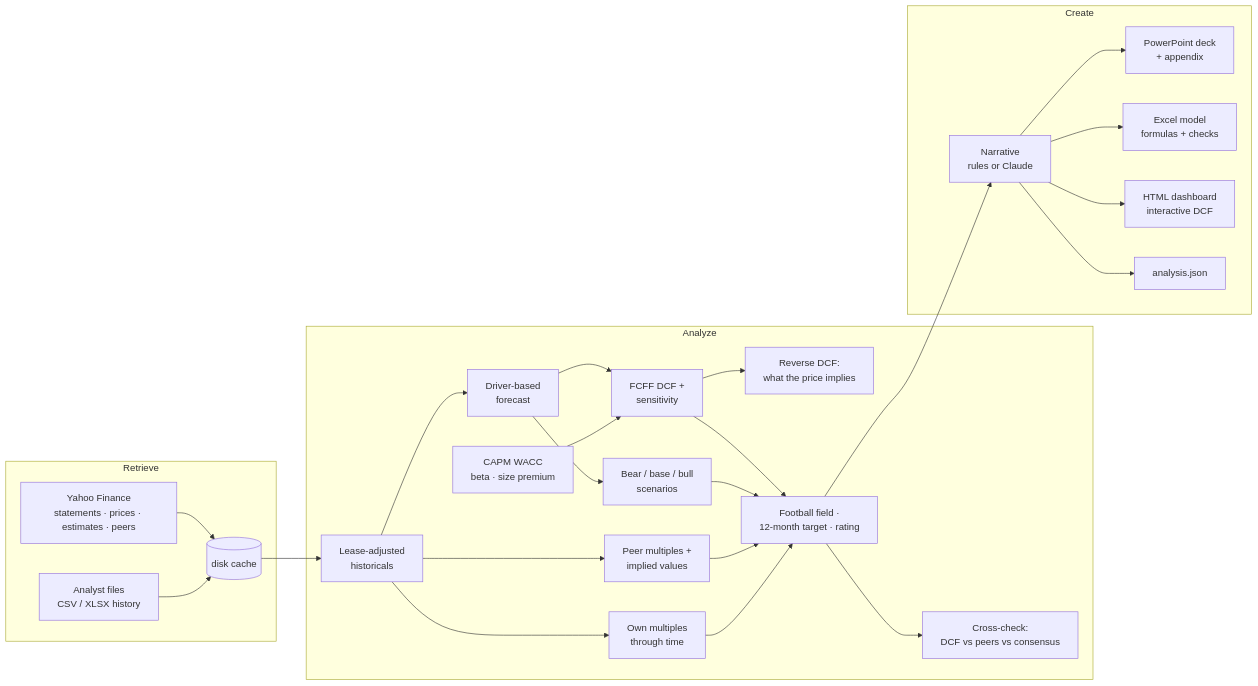
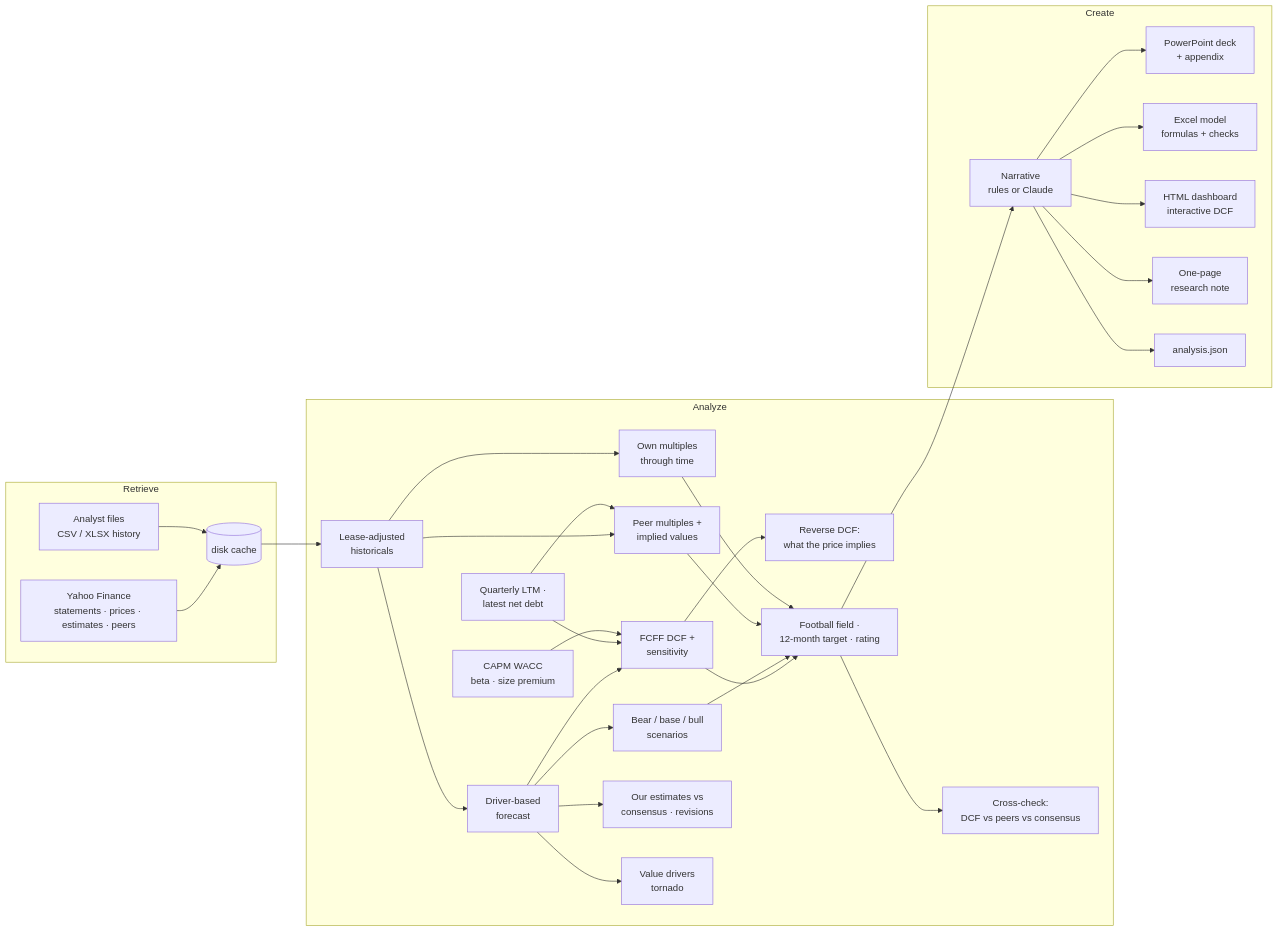
The diagram in README.md (oscarschjelderup-sketch/equity-research-engine), drawn with Mermaid before and after one commit. The commit also changed other lines of this file and 87 other files, not shown here.

First line of the commit message:
v0.4-v0.6: valuation date, LTM, consensus, research note, multiples in depth, public site, nowcast

````diff
--- a/README.md
+++ b/README.md
@@ -28,29 +31,34 @@
 ```mermaid
 flowchart LR
     subgraph Retrieve
         Y[Yahoo Finance<br/>statements · prices · estimates · peers] --> C[(disk cache)]
         F[Analyst files<br/>CSV / XLSX history] --> C
     end
     subgraph Analyze
         C --> H[Lease-adjusted<br/>historicals]
         H --> FC[Driver-based<br/>forecast]
         FC --> D[FCFF DCF +<br/>sensitivity]
         FC --> S[Bear / base / bull<br/>scenarios]
         D --> RV[Reverse DCF:<br/>what the price implies]
         H --> P[Peer multiples +<br/>implied values]
         H --> B[Own multiples<br/>through time]
+        Q[Quarterly LTM ·<br/>latest net debt] --> D
+        Q --> P
+        FC --> CS[Our estimates vs<br/>consensus · revisions]
+        FC --> T[Value drivers<br/>tornado]
         W[CAPM WACC<br/>beta · size premium] --> D
         D --> R[Football field ·<br/>12-month target · rating]
         S --> R
         P --> R
         B --> R
         R --> X[Cross-check:<br/>DCF vs peers vs consensus]
     end
     subgraph Create
         R --> N[Narrative<br/>rules or Claude]
         N --> DK[PowerPoint deck<br/>+ appendix]
         N --> XL[Excel model<br/>formulas + checks]
         N --> DB[HTML dashboard<br/>interactive DCF]
+        N --> NT[One-page<br/>research note]
         N --> JS[analysis.json]
     end
 ```
````
